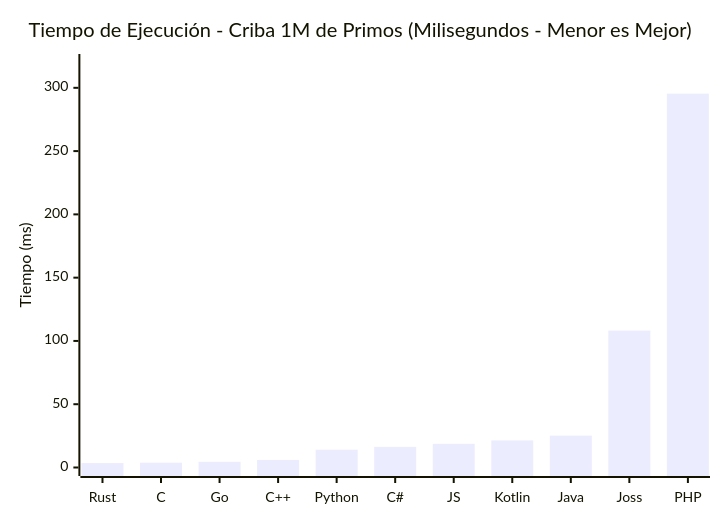
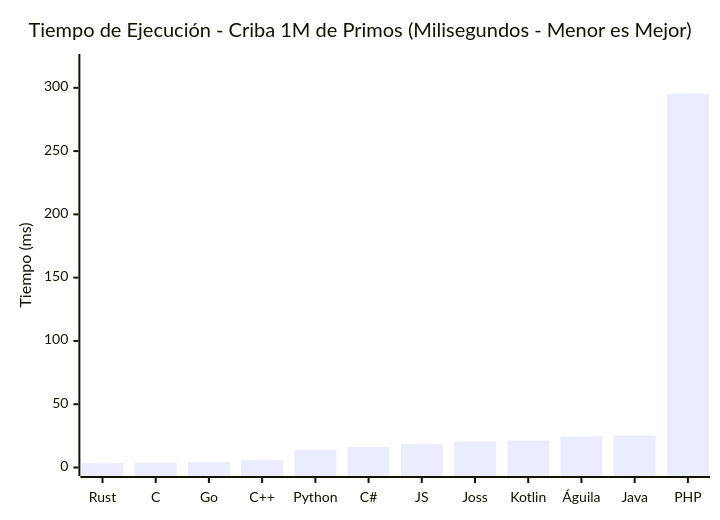
Before and after one commit to joss-language/Joss-Programming-Language: the first of 7 diagrams in branchmark.md, drawn with Mermaid. The commit also changed other lines of this file and 14 other files, not shown here.

````diff
--- a/branchmark.md
+++ b/branchmark.md
@@ -109,7 +110,7 @@
 ```mermaid
 xychart-beta
     title "Tiempo de Ejecución - Criba 1M de Primos (Milisegundos - Menor es Mejor)"
-    x-axis ["Rust", "C", "Go", "C++", "Python", "C#", "JS", "Kotlin", "Java", "Joss", "PHP"]
+    x-axis ["Rust", "C", "Go", "C++", "Python", "C#", "JS", "Joss", "Kotlin", "Águila", "Java", "PHP"]
     y-axis "Tiempo (ms)" 0 --> 320
-    bar [3.5, 3.8, 4.5, 6.0, 14.1, 16.3, 18.7, 21.4, 25.2, 108.2, 295.4]
+    bar [3.5, 3.8, 4.5, 6.0, 14.1, 16.3, 18.7, 20.6, 21.4, 24.6, 25.2, 295.4]
 ```
````
